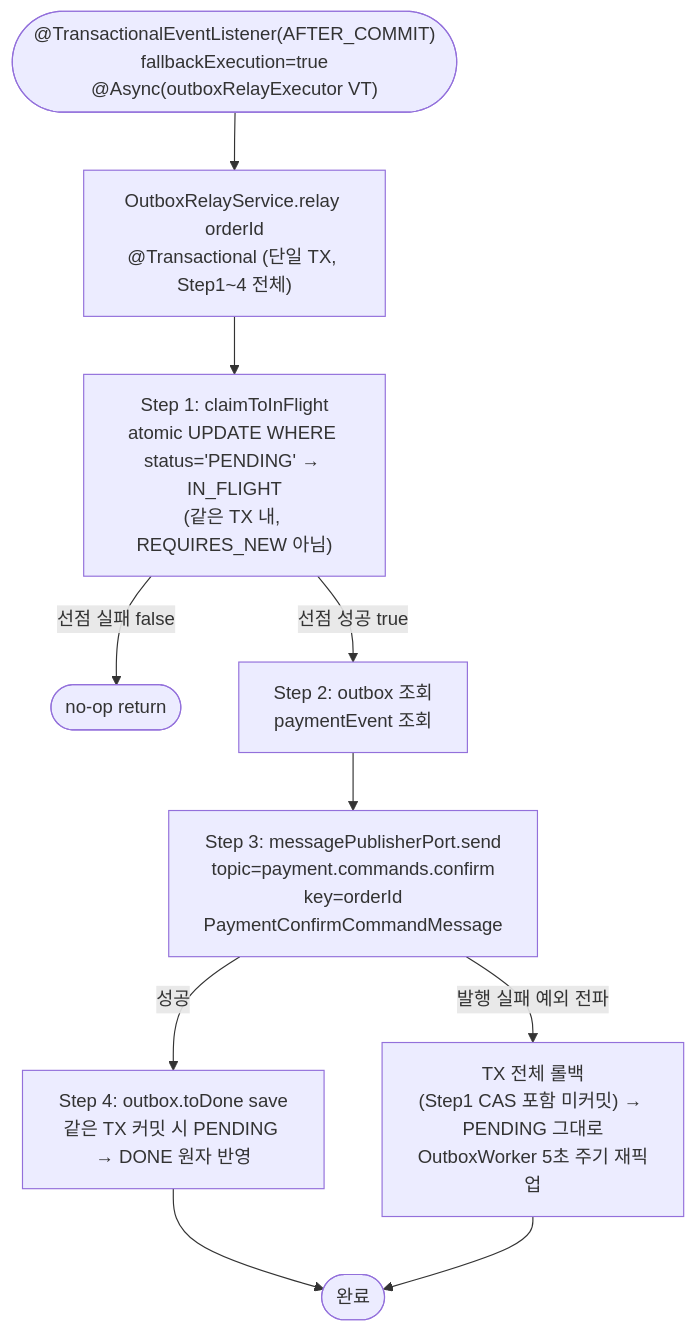
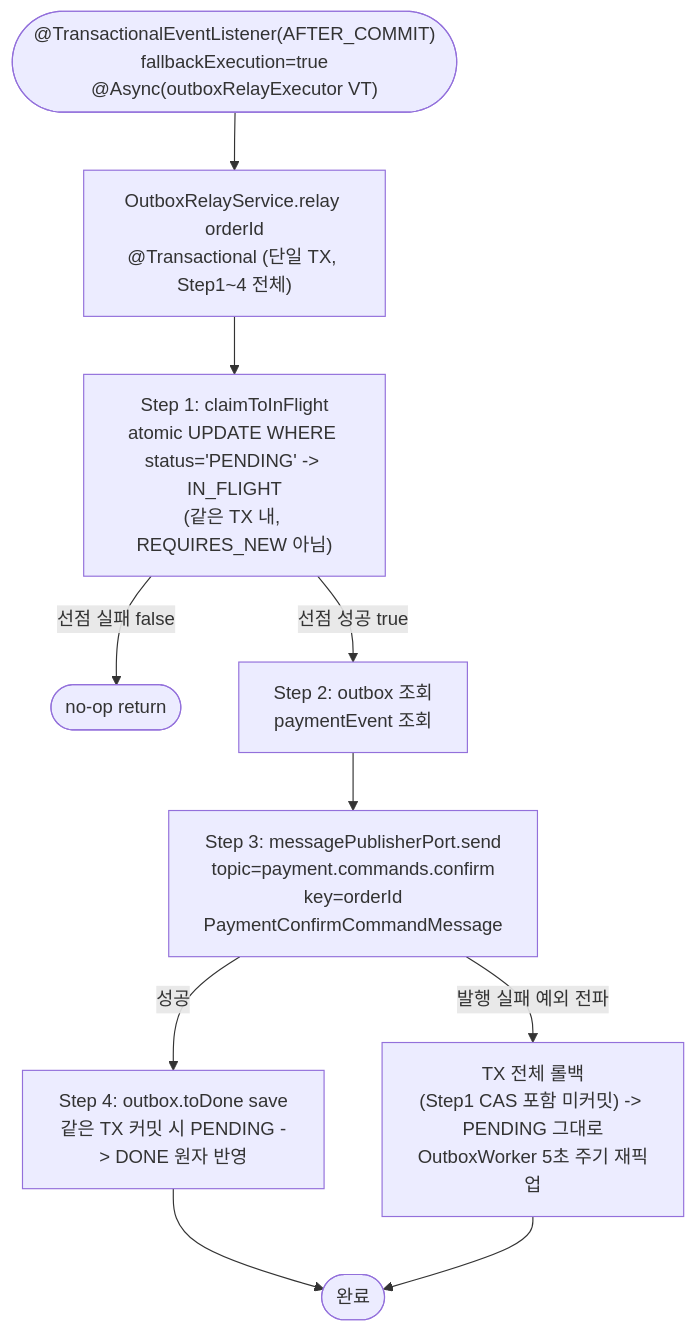
Before and after one commit to hyoguoo/payment-platform: the second of 8 diagrams in docs/context/CONFIRM-FLOW.md, drawn with Mermaid. The commit also changed other lines of this file and 3 other files, not shown here.

First line of the commit message:
docs: 결제 흐름 문서 다이어그램 표기 정리

````diff
--- a/docs/context/CONFIRM-FLOW.md
+++ b/docs/context/CONFIRM-FLOW.md
@@ -70,16 +70,16 @@
 ```mermaid
 flowchart TD
     EV(["@TransactionalEventListener(AFTER_COMMIT)<br/>fallbackExecution=true<br/>@Async(outboxRelayExecutor VT)"]) --> RELAY["OutboxRelayService.relay orderId<br/>@Transactional (단일 TX, Step1~4 전체)"]
 
-    RELAY --> CL["Step 1: claimToInFlight<br/>atomic UPDATE WHERE status='PENDING' → IN_FLIGHT<br/>(같은 TX 내, REQUIRES_NEW 아님)"]
+    RELAY --> CL["Step 1: claimToInFlight<br/>atomic UPDATE WHERE status='PENDING' -> IN_FLIGHT<br/>(같은 TX 내, REQUIRES_NEW 아님)"]
     CL -->|선점 실패 false| SKIP([no-op return])
     CL -->|선점 성공 true| LOAD[Step 2: outbox 조회<br/>paymentEvent 조회]
 
     LOAD --> SEND["Step 3: messagePublisherPort.send<br/>topic=payment.commands.confirm<br/>key=orderId<br/>PaymentConfirmCommandMessage"]
 
-    SEND -->|발행 실패 예외 전파| ROLLBACK["TX 전체 롤백<br/>(Step1 CAS 포함 미커밋) → PENDING 그대로<br/>OutboxWorker 5초 주기 재픽업"]
-    SEND -->|성공| DONE["Step 4: outbox.toDone save<br/>같은 TX 커밋 시 PENDING → DONE 원자 반영"]
+    SEND -->|발행 실패 예외 전파| ROLLBACK["TX 전체 롤백<br/>(Step1 CAS 포함 미커밋) -> PENDING 그대로<br/>OutboxWorker 5초 주기 재픽업"]
+    SEND -->|성공| DONE["Step 4: outbox.toDone save<br/>같은 TX 커밋 시 PENDING -> DONE 원자 반영"]
 
     DONE --> END([완료])
     ROLLBACK --> END
 ```
````
